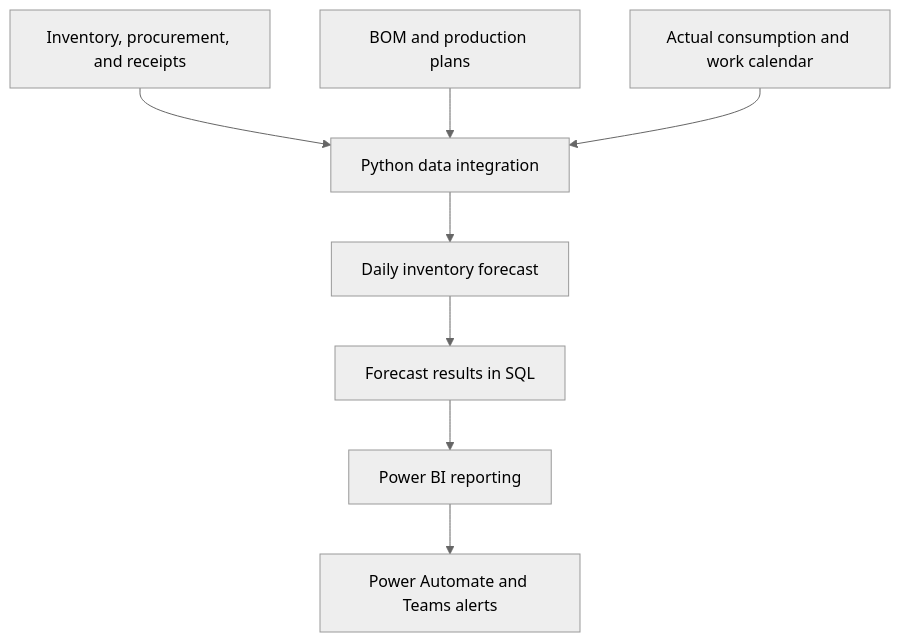
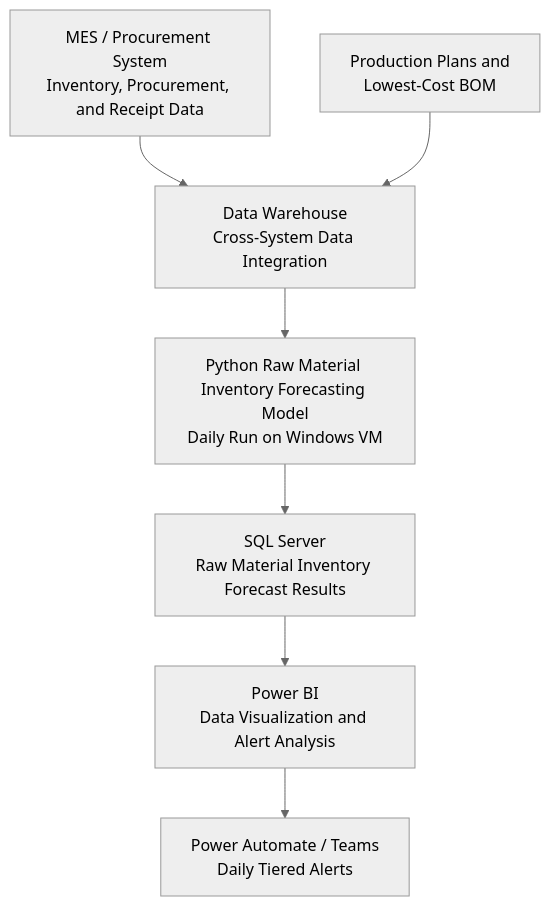
One commit to ChienChienChien/Material_Forecasting_System changed the diagram in README.md. Above: the diagram before and after it, drawn with Mermaid (neutral theme). The commit also changed other lines of this file, not shown here.

````diff
--- a/README.md
+++ b/README.md
@@ -48,10 +127,17 @@
 ```mermaid
-flowchart TB
-    A["Inventory, procurement, and receipts"] --> E["Python data integration"]
-    B["BOM and production plans"] --> E
-    C["Actual consumption and work calendar"] --> E
-    E --> F["Daily inventory forecast"]
-    F --> G["Forecast results in SQL"]
-    G --> H["Power BI reporting"]
-    H --> I["Power Automate and Teams alerts"]
+flowchart TD
+    A["MES / Procurement System<br/>Inventory, Procurement, and Receipt Data"]
+    B["Production Plans and<br/>Lowest-Cost BOM"]
+    C["Data Warehouse<br/>Cross-System Data Integration"]
+    D["Python Raw Material Inventory Forecasting Model<br/>Daily Run on Windows VM"]
+    E["SQL Server<br/>Raw Material Inventory Forecast Results"]
+    F["Power BI<br/>Data Visualization and Alert Analysis"]
+    G["Power Automate / Teams<br/>Daily Tiered Alerts"]
+
+    A --> C
+    B --> C
+    C --> D
+    D --> E
+    E --> F
+    F --> G
 ```
````
